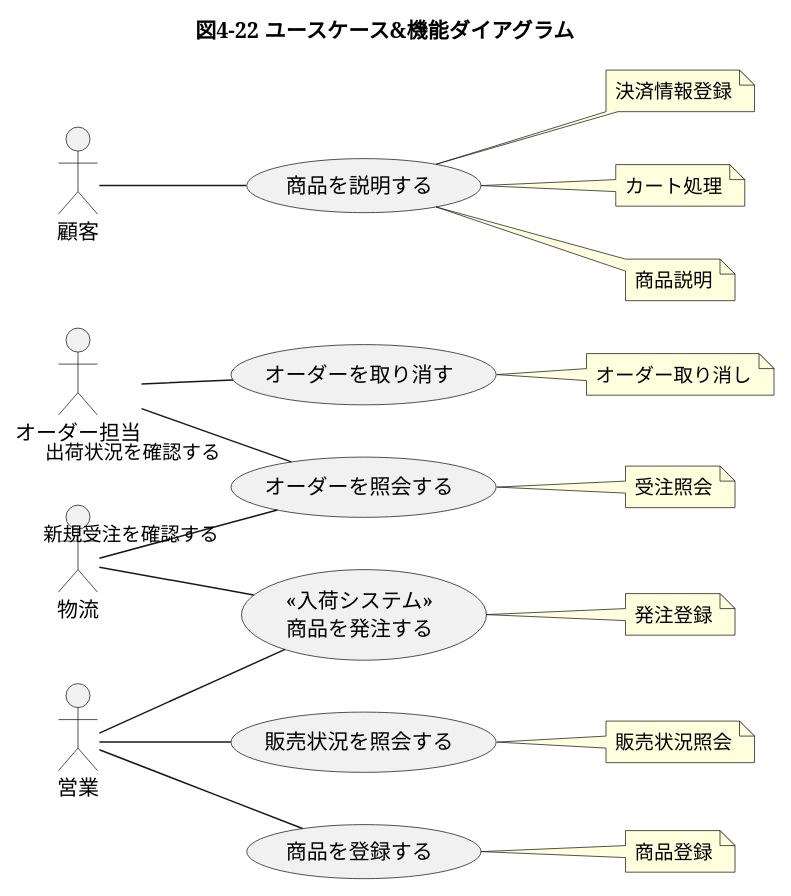
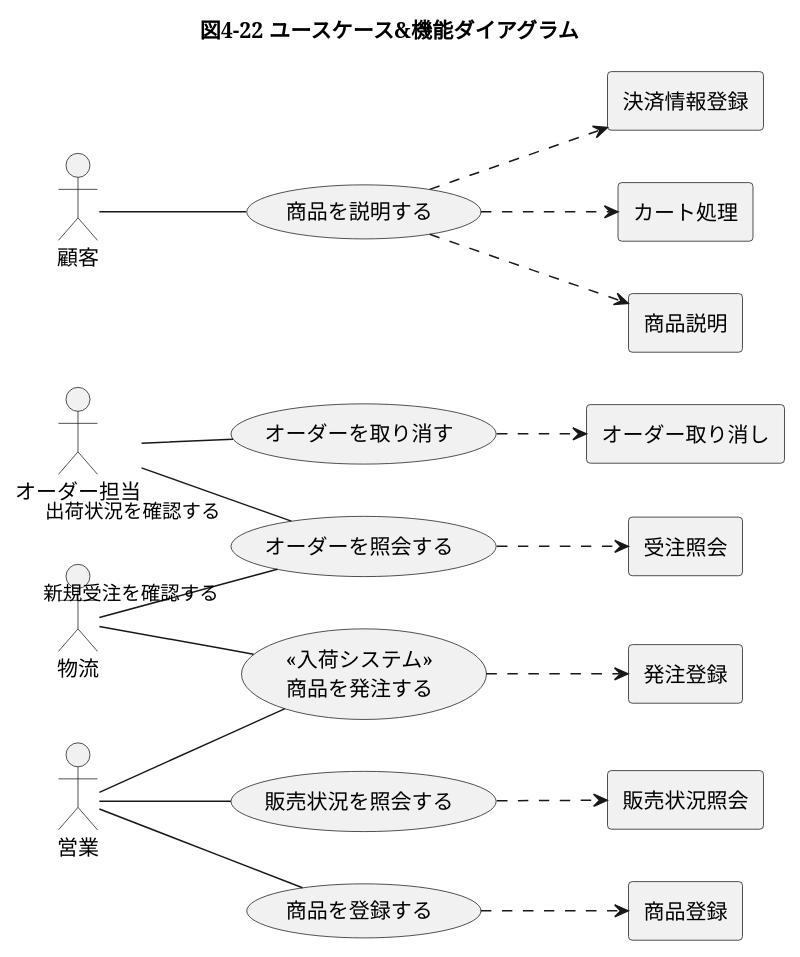
Before and after one commit to eyasuyuki/rdra-example: the diagram in chap04/4-22.puml, drawn with PlantUML. The commit also changed 9 other files, not shown here.

```diff
--- a/chap04/4-22.puml
+++ b/chap04/4-22.puml
@@ -1,38 +1,38 @@
 @startuml
 left to right direction
 title 図4-22 ユースケース&機能ダイアグラム
 actor オーダー担当 as A1
 actor 物流 as A2
 actor 営業 as A3
 actor 顧客 as A4
 usecase オーダーを取り消す as U1
 usecase オーダーを照会する as U2
 usecase "<<入荷システム>>\n商品を発注する" as U3
 usecase 販売状況を照会する as U4
 usecase 商品を登録する as U5
 usecase 商品を説明する as U6
-note "オーダー取り消し" as N1
-note "受注照会" as N2
-note "発注登録" as N3
-note "販売状況照会" as N4
-note "商品登録" as N5
-note "決済情報登録" as N6
-note "カート処理" as N7
-note "商品説明" as N8
+rectangle "オーダー取り消し" as N1
+rectangle "受注照会" as N2
+rectangle "発注登録" as N3
+rectangle "販売状況照会" as N4
+rectangle "商品登録" as N5
+rectangle "決済情報登録" as N6
+rectangle "カート処理" as N7
+rectangle "商品説明" as N8
 A1 -- U1
 U1 ..> N1
 A1 --"出荷状況を確認する" U2
 A2 --"新規受注を確認する" U2
 U2 ..> N2
 A2 -- U3
 A3 -- U3
 U3 ..> N3
 A3 -- U4
 U4 ..> N4
 A3 -- U5
 U5 ..> N5
 A4 -- U6
 U6 ..> N6
 U6 ..> N7
 U6 ..> N8
 @enduml
```
